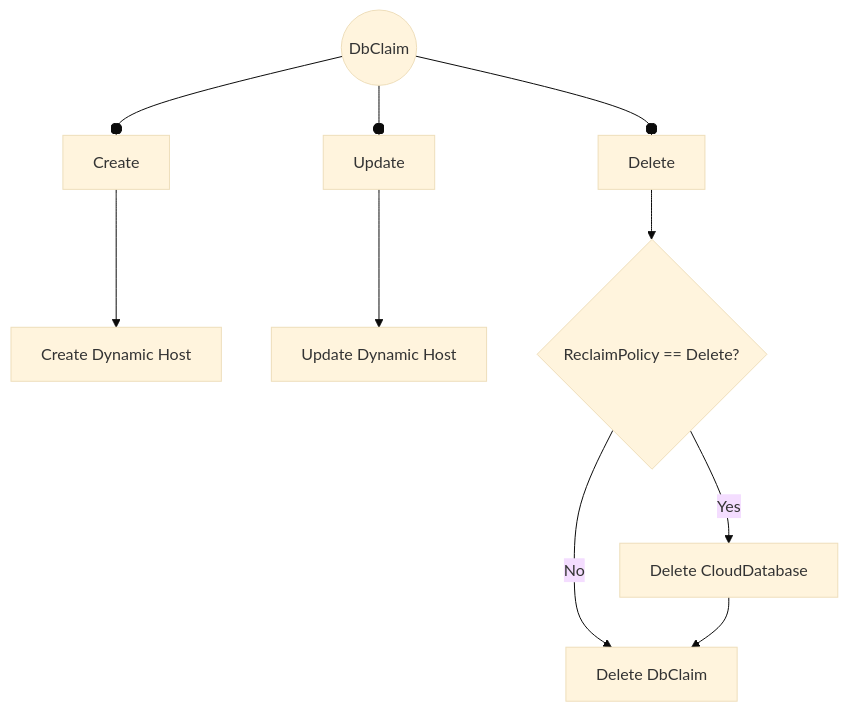
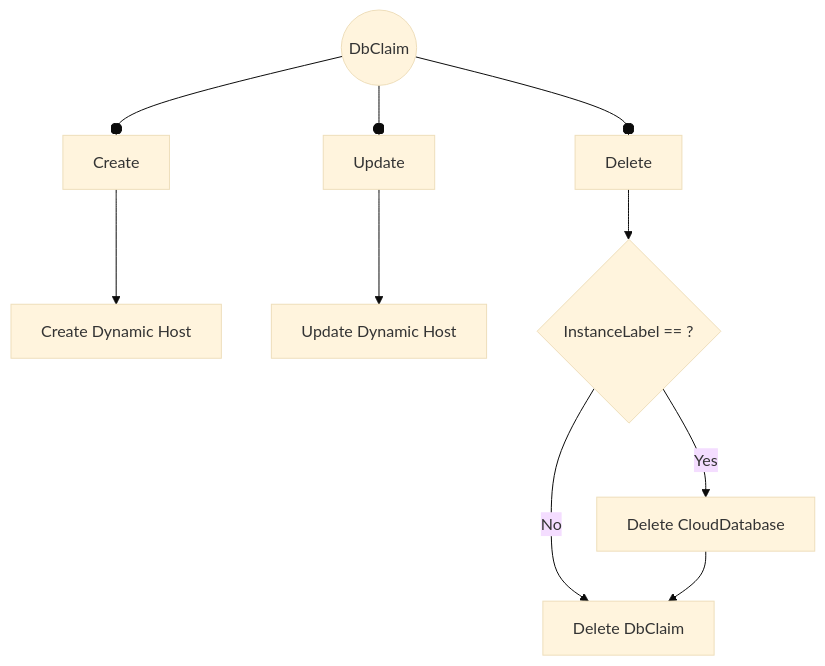
The seventh of 7 diagrams in docs/index.md (infobloxopen/db-controller), drawn with Mermaid (base theme) before and after one commit. The commit also changed other lines of this file, not shown here.

````diff
--- a/docs/index.md
+++ b/docs/index.md
@@ -516,12 +514,12 @@
 ```mermaid
 graph TB
 A((DbClaim)) --o B
 B[Create] --> D[Create Dynamic Host]
 C[Update] --> E[Update Dynamic Host]
 A --o C
-F[Delete] --> G{ReclaimPolicy == Delete?}
+F[Delete] --> G{InstanceLabel == "" ?}
 A --o F
 G -- No --> H[Delete DbClaim]
 G -- Yes --> I[Delete CloudDatabase]
 I --> H
 ```
````
